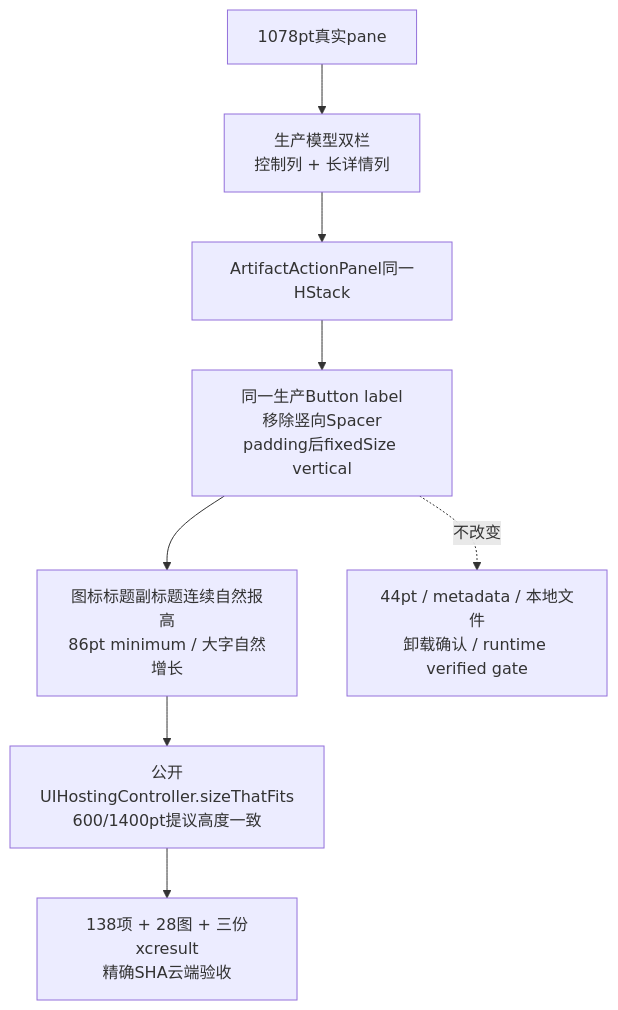
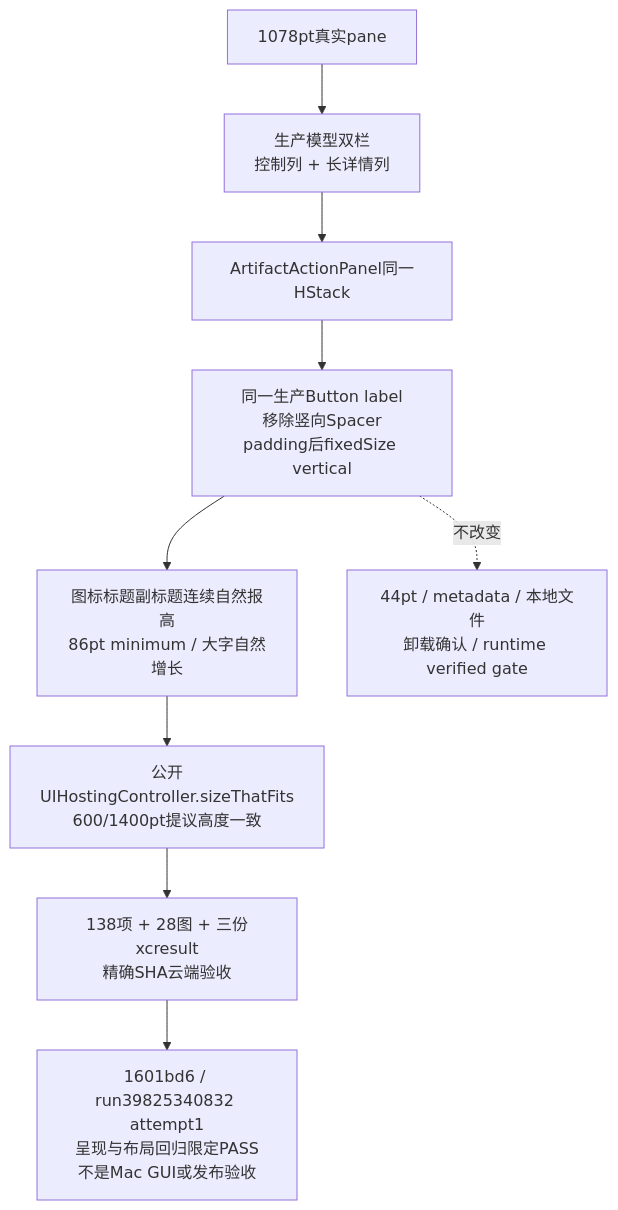
One commit to Altman-sam114/113 changed diagram 22 of 22 in md/flow/flowchart.md. Above: the diagram before and after it, drawn with Mermaid. The commit also changed 6 other files, not shown here.

````diff
--- a/md/flow/flowchart.md
+++ b/md/flow/flowchart.md
@@ -488,12 +488,14 @@
 ```mermaid
 flowchart TD
     %% 右列不能把空白高度注入左侧动作内容
     Pane[1078pt真实pane] --> Columns[生产模型双栏<br/>控制列 + 长详情列]
     Columns --> Panel[ArtifactActionPanel同一HStack]
     Panel --> Label[同一生产Button label<br/>移除竖向Spacer<br/>padding后fixedSize vertical]
     Label --> Height[图标标题副标题连续自然报高<br/>86pt minimum / 大字自然增长]
     %% 只测布局，不调用动作或写入状态
     Height --> Test[公开UIHostingController.sizeThatFits<br/>600/1400pt提议高度一致]
     Test --> Cloud[138项 + 28图 + 三份xcresult<br/>精确SHA云端验收]
+    %% 已验收代码身份不冒充后续main文档提交
+    Cloud --> Accepted[1601bd6 / run39825340832 attempt1<br/>呈现与布局回归限定PASS<br/>不是Mac GUI或发布验收]
     Label -. 不改变 .-> Boundary[44pt / metadata / 本地文件<br/>卸载确认 / runtime verified gate]
 ```
````
